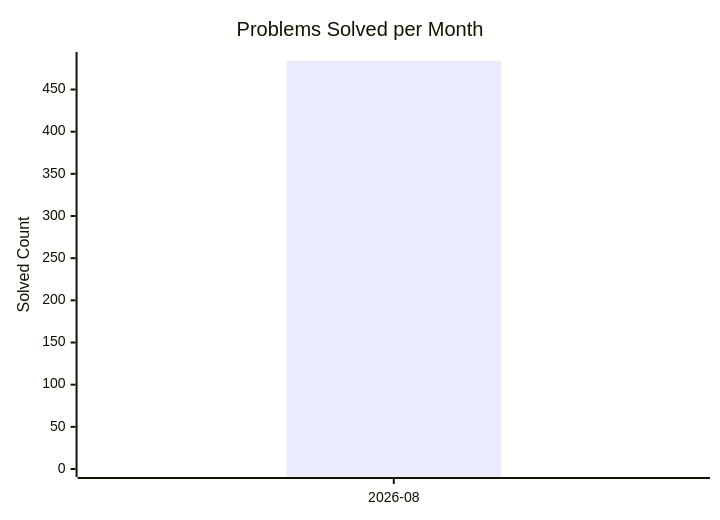
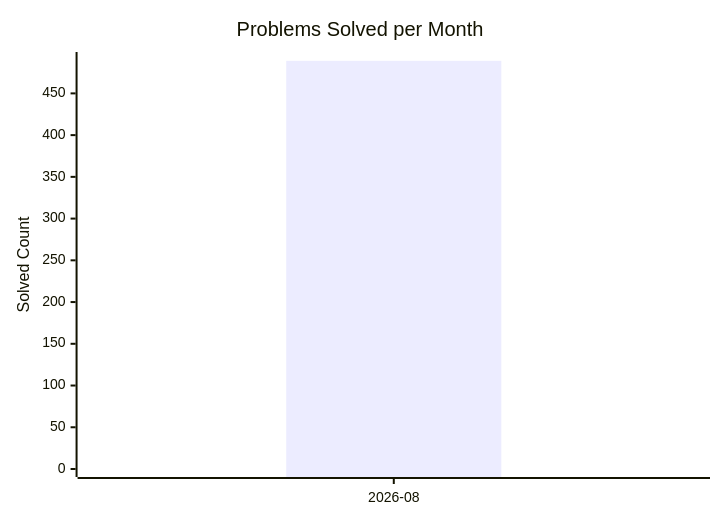
Before and after one commit to AdityaPandey-DEV/CP-Progress-Sync: the diagram in dashboard.md, drawn with Mermaid. The commit also changed other lines of this file, not shown here.

Commit message:
Auto-update CP dashboard [skip ci]

````diff
--- a/dashboard.md
+++ b/dashboard.md
@@ -8,8 +8,8 @@
 ```mermaid
 xychart-beta
     title "Problems Solved per Month"
     x-axis ["2026-08"]
-    y-axis "Solved Count" 0 --> 485
-    bar [484]
-    line [484]
+    y-axis "Solved Count" 0 --> 490
+    bar [489]
+    line [489]
 ```
````
